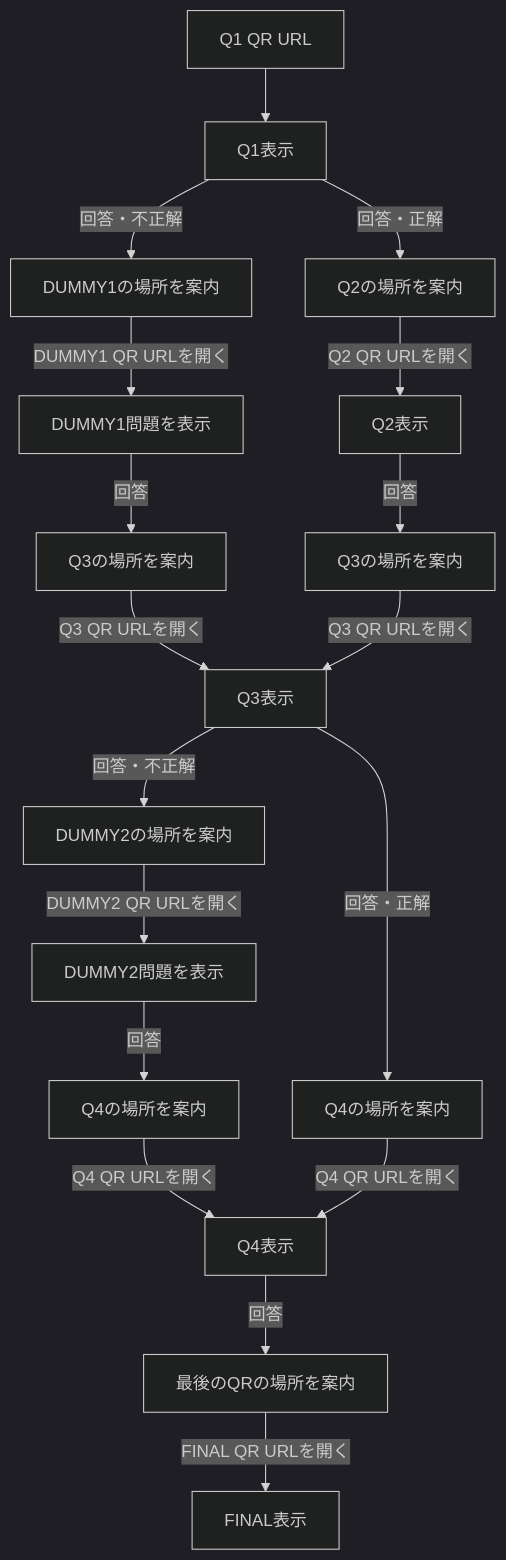
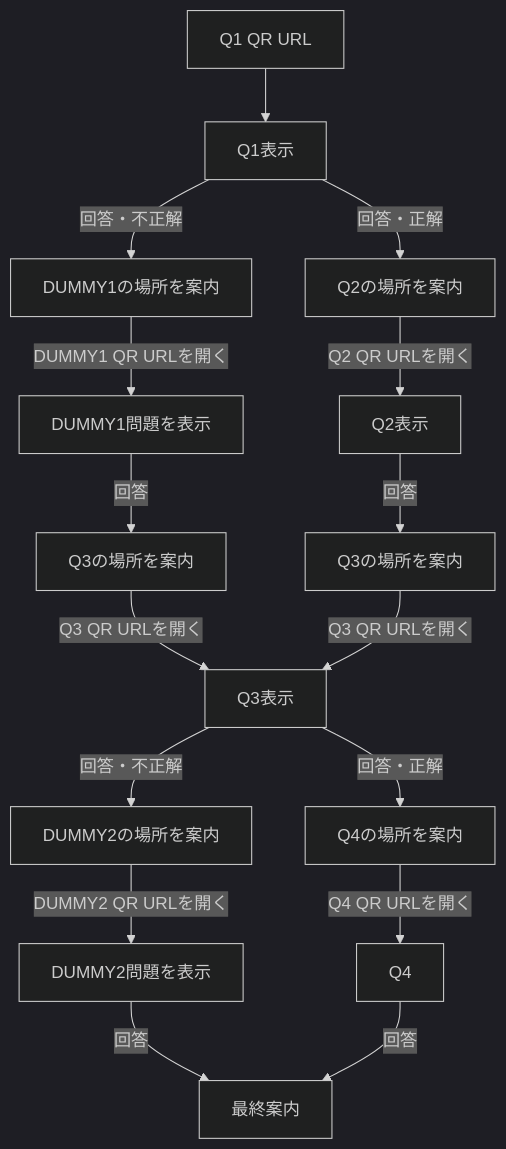
Before and after one commit to kanekonaokisu-cyber/proposal_game_v2: the diagram in doc/implementation_design.md, drawn with Mermaid (dark theme). The commit also changed other lines of this file and 5 other files, not shown here.

Commit message:
Fix route selection and final guidance flow

````diff
--- a/doc/implementation_design.md
+++ b/doc/implementation_design.md
@@ -74,20 +73,18 @@
 ```mermaid
 flowchart TD
     Q1QR[Q1 QR URL] --> Q1[Q1表示]
     Q1 -->|回答・正解| GuideQ2[Q2の場所を案内]
     Q1 -->|回答・不正解| GuideD1[DUMMY1の場所を案内]
     GuideQ2 -->|Q2 QR URLを開く| Q2[Q2表示]
     GuideD1 -->|DUMMY1 QR URLを開く| D1[DUMMY1問題を表示]
     D1 -->|回答| GuideD1Q3[Q3の場所を案内]
     GuideD1Q3 -->|Q3 QR URLを開く| Q3[Q3表示]
     Q2 -->|回答| GuideQ3[Q3の場所を案内]
     GuideQ3 -->|Q3 QR URLを開く| Q3
     Q3 -->|回答・正解| GuideQ4[Q4の場所を案内]
     Q3 -->|回答・不正解| GuideD2[DUMMY2の場所を案内]
     GuideD2 -->|DUMMY2 QR URLを開く| D2[DUMMY2問題を表示]
-    D2 -->|回答| GuideD2Q4[Q4の場所を案内]
-    GuideD2Q4 -->|Q4 QR URLを開く| Q4[Q4表示]
+    D2 -->|回答| Final
     GuideQ4 -->|Q4 QR URLを開く| Q4
-    Q4 -->|回答| GuideFinal[最後のQRの場所を案内]
-    GuideFinal -->|FINAL QR URLを開く| Final[FINAL表示]
+    Q4 -->|回答| Final[最終案内]
 ```
````
